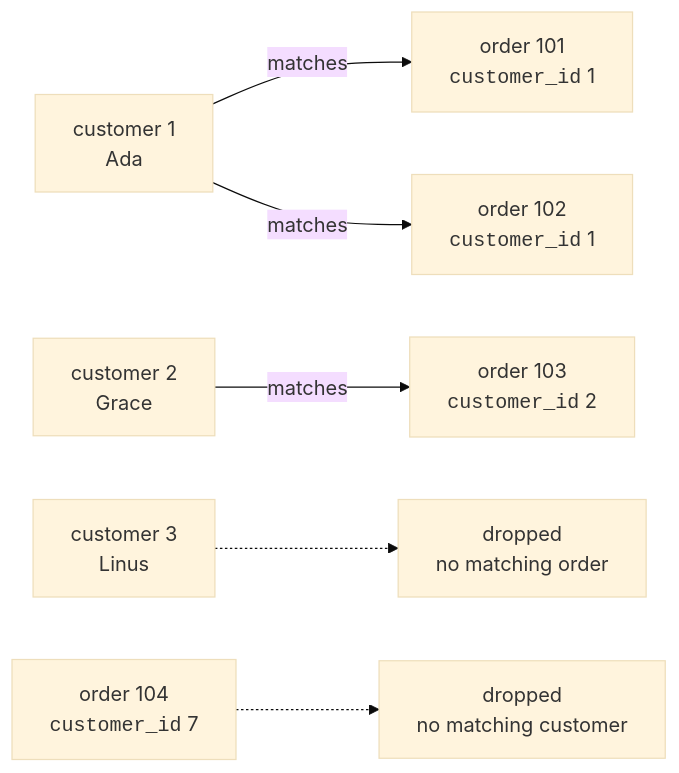
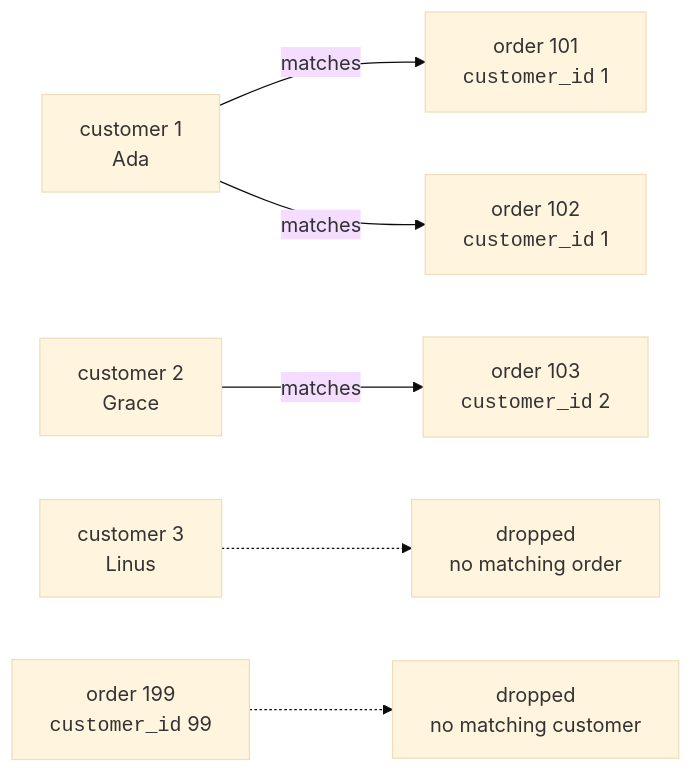
The second of 4 diagrams in content/courses/sqlite-for-beginners/inner-joins.mdx (dataslope/dataslope), drawn with Mermaid (base theme) before and after one commit. The commit also changed other lines of this file and 400 other files, not shown here.

````diff
--- a/content/courses/sqlite-for-beginners/inner-joins.mdx
+++ b/content/courses/sqlite-for-beginners/inner-joins.mdx
@@ -73,8 +90,8 @@
 ```mermaid
 flowchart LR
     C1["customer 1<br/>Ada"] -->|"matches"| O1["order 101<br/><code>customer_id</code> 1"]
     C1 -->|"matches"| O2["order 102<br/><code>customer_id</code> 1"]
     C2["customer 2<br/>Grace"] -->|"matches"| O3["order 103<br/><code>customer_id</code> 2"]
     C3["customer 3<br/>Linus"] -.-> Drop1["dropped<br/>no matching order"]
-    O4["order 104<br/><code>customer_id</code> 7"] -.-> Drop2["dropped<br/>no matching customer"]
+    O4["order 199<br/><code>customer_id</code> 99"] -.-> Drop2["dropped<br/>no matching customer"]
 ```
````
